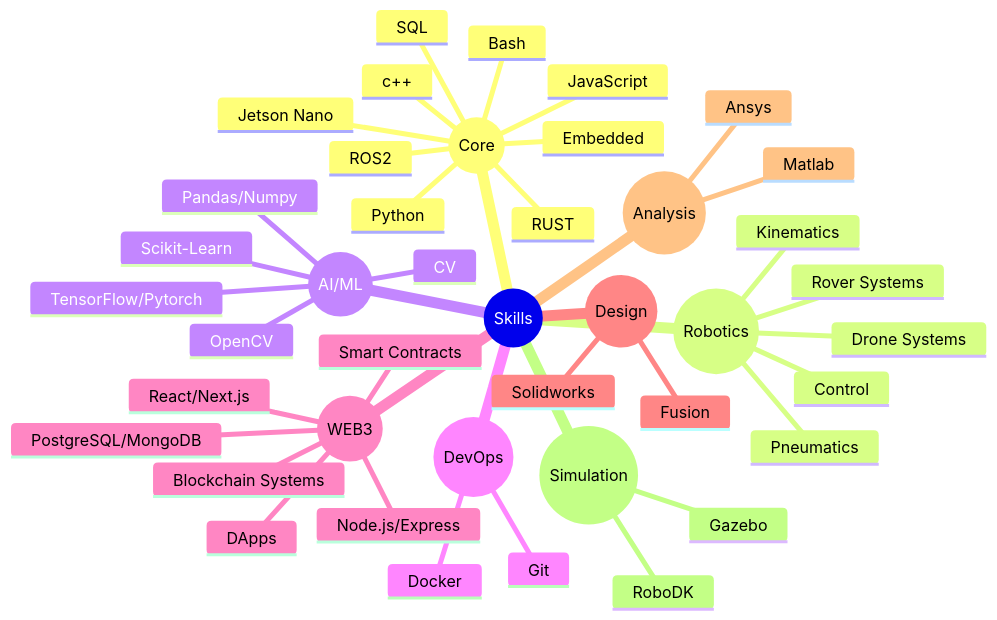
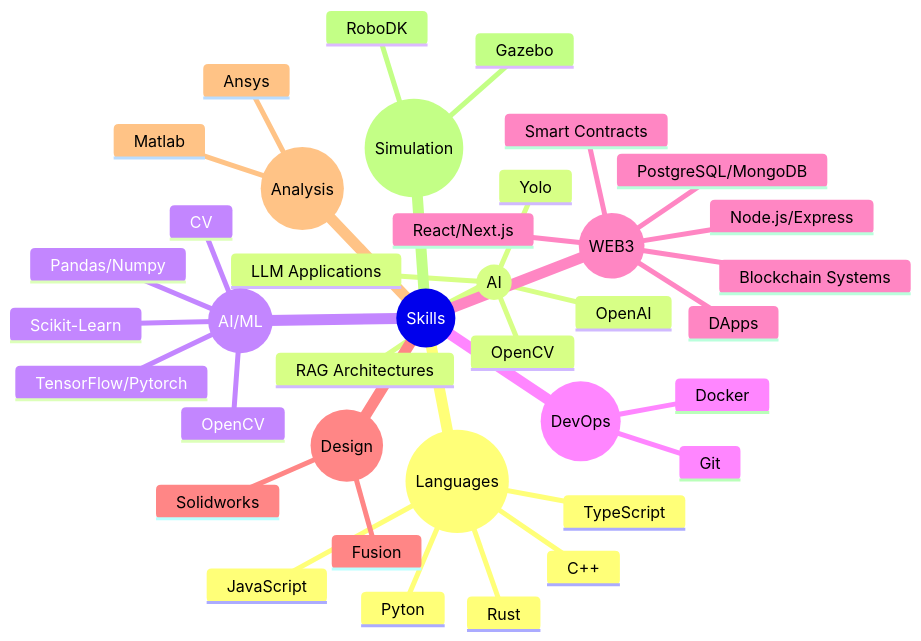
One commit to RSWDevian/RSWDevian changed the diagram in README.md. Above: the diagram before and after it, drawn with Mermaid. The commit also changed other lines of this file, not shown here.

````diff
--- a/README.md
+++ b/README.md
@@ -15,45 +13,41 @@
 ```mermaid
 mindmap
   root((Skills))
-    ((Core))
-      c++
-      RUST
-      Python
+    ((Languages))
+      Pyton
+      TypeScript
       JavaScript
-      SQL
-      Bash
-      ROS2
-      Embedded
-      Jetson Nano
-    ((Robotics))
-      Rover Systems
-      Drone Systems
-      Pneumatics
-      Kinematics
-      Control
+      C++
+      Rust
+    ((AI))
+      OpenAI
+      RAG Architectures
+      LLM Applications
+      OpenCV
+      Yolo
     ((AI/ML))
       CV
       TensorFlow/Pytorch
       OpenCV
       Scikit-Learn
       Pandas/Numpy
     ((DevOps))
       Git
       Docker
     ((WEB3))
       React/Next.js
       Node.js/Express
       PostgreSQL/MongoDB
       Smart Contracts
       DApps
       Blockchain Systems
     ((Design))
       Solidworks
       Fusion
     ((Analysis))
       Ansys
       Matlab
     ((Simulation))
       RoboDK
       Gazebo
 ```
````
